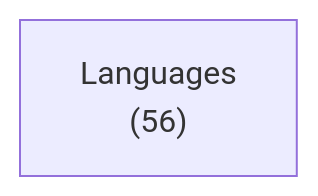
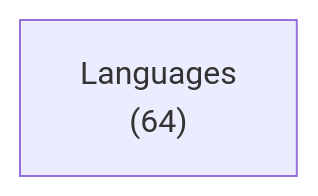
Before and after one commit to ruudkoot/rune: the first of 2 diagrams in docs/lib/language/haskell/depends.md, drawn with Mermaid. The commit also changed other lines of this file and 51 other files, not shown here.

````diff
--- a/docs/lib/language/haskell/depends.md
+++ b/docs/lib/language/haskell/depends.md
@@ -24,4 +24,4 @@
 ```mermaid
 flowchart LR
-  a0["Languages<br>(56)"]
+  a0["Languages<br>(64)"]
 ```
````
